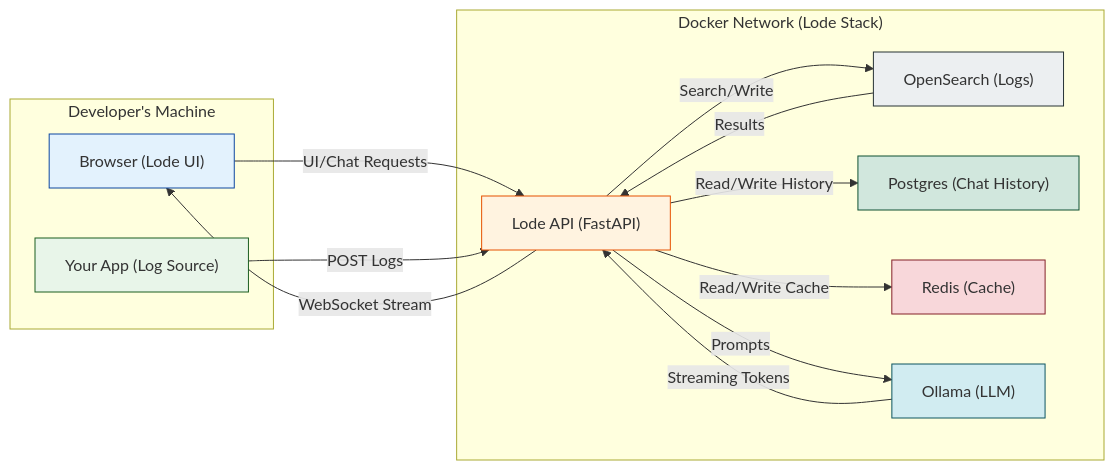
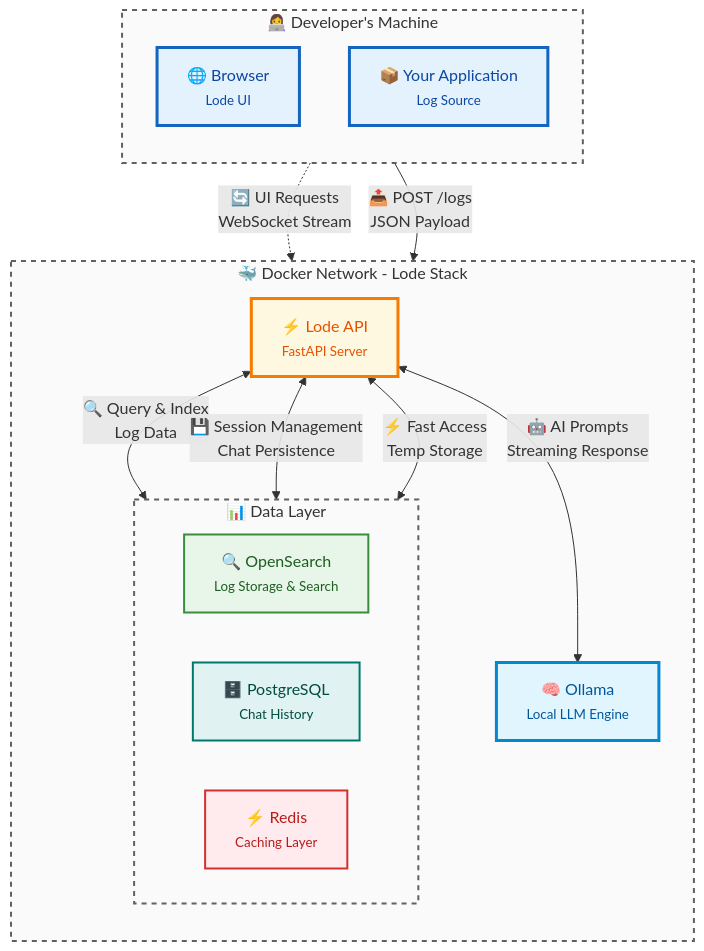
Before and after one commit to lode-dev/.github: the diagram in profile/README.md, drawn with Mermaid.

````diff
--- a/profile/README.md
+++ b/profile/README.md
@@ -53,36 +53,53 @@
 ```mermaid
-graph LR
-    subgraph "Developer's Machine"
-        A["Browser (Lode UI)"]
-        B["Your App (Log Source)"]
+graph TB
+    subgraph DEV["👩‍💻 Developer's Machine"]
+        direction TB
+        A["🌐 Browser<br/><small>Lode UI</small>"]
+        B["📦 Your Application<br/><small>Log Source</small>"]
     end
-
-    subgraph "Docker Network (Lode Stack)"
-        C["Lode API (FastAPI)"]
-        D["OpenSearch (Logs)"]
-        E["Postgres (Chat History)"]
-        F["Redis (Cache)"]
-        G["Ollama (LLM)"]
+    
+    subgraph DOCKER["🐳 Docker Network - Lode Stack"]
+        direction TB
+        C["⚡ Lode API<br/><small>FastAPI Server</small>"]
+        
+        subgraph STORES["📊 Data Layer"]
+            direction LR
+            D["🔍 OpenSearch<br/><small>Log Storage & Search</small>"]
+            E["🗄️ PostgreSQL<br/><small>Chat History</small>"]
+            F["⚡ Redis<br/><small>Caching Layer</small>"]
+        end
+        
+        G["🧠 Ollama<br/><small>Local LLM Engine</small>"]
     end
-
-    A -- "UI/Chat Requests" --> C
-    B -- "POST Logs" --> C
-    C -- "WebSocket Stream" --> A
     
-    C -- "Search/Write" --> D
-    D -- "Results" --> C
+    %% Primary data flow connections
+    A -.->|"🔄 UI Requests<br/>WebSocket Stream"| C
+    B -->|"📤 POST /logs<br/>JSON Payload"| C
     
-    C -- "Read/Write History" --> E
-    C -- "Read/Write Cache" --> F
+    %% API to data stores
+    C <-->|"🔍 Query & Index<br/>Log Data"| D
+    C <-->|"💾 Session Management<br/>Chat Persistence"| E
+    C <-->|"⚡ Fast Access<br/>Temp Storage"| F
     
-    C -- "Prompts" --> G
-    G -- "Streaming Tokens" --> C
-
-    style A fill:#E3F2FD,stroke:#0D47A1
-    style B fill:#E8F5E9,stroke:#1B5E20
-    style C fill:#FFF3E0,stroke:#E65100
-    style D fill:#ECEFF1,stroke:#263235
-    style E fill:#D1E7DD,stroke:#0f5132
-    style F fill:#F8D7DA,stroke:#842029
-    style G fill:#D1ECF1,stroke:#0c5460
+    %% LLM integration
+    C <-->|"🤖 AI Prompts<br/>Streaming Response"| G
+    
+    %% Enhanced styling with better colors and typography
+    classDef devMachine fill:#E3F2FD,stroke:#1565C0,stroke-width:3px,color:#0D47A1
+    classDef apiServer fill:#FFF8E1,stroke:#F57C00,stroke-width:3px,color:#E65100
+    classDef dataStore fill:#F3E5F5,stroke:#7B1FA2,stroke-width:2px,color:#4A148C
+    classDef searchEngine fill:#E8F5E9,stroke:#388E3C,stroke-width:2px,color:#1B5E20
+    classDef database fill:#E0F2F1,stroke:#00796B,stroke-width:2px,color:#004D40
+    classDef cache fill:#FFEBEE,stroke:#D32F2F,stroke-width:2px,color:#B71C1C
+    classDef llmEngine fill:#E1F5FE,stroke:#0288D1,stroke-width:3px,color:#01579B
+    classDef containerBox fill:#FAFAFA,stroke:#616161,stroke-width:2px,stroke-dasharray: 5 5
+    
+    %% Apply styles
+    class A,B devMachine
+    class C apiServer
+    class D searchEngine
+    class E database
+    class F cache
+    class G llmEngine
+    class DEV,DOCKER,STORES containerBox
 ```
````
